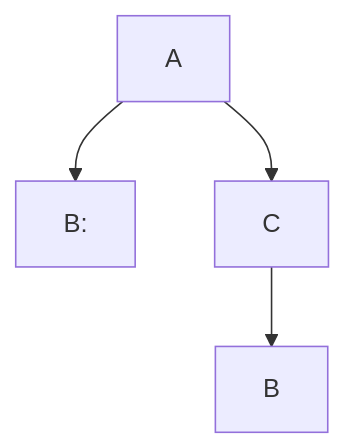
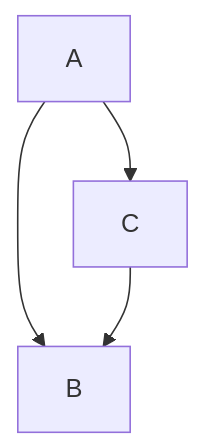
One commit to GMcMichael/ThornNetworking changed the diagram in README.md. Above: the diagram before and after it, drawn with Mermaid.

````diff
--- a/README.md
+++ b/README.md
@@ -1,6 +1,6 @@
 ```mermaid
 graph TD;
- A-->B:
+ A-->B;
  A-->C;
  C-->B;
 ```
````
